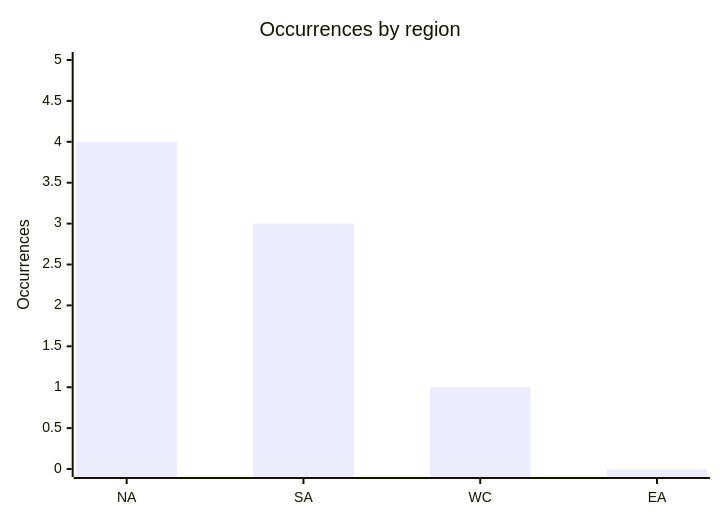
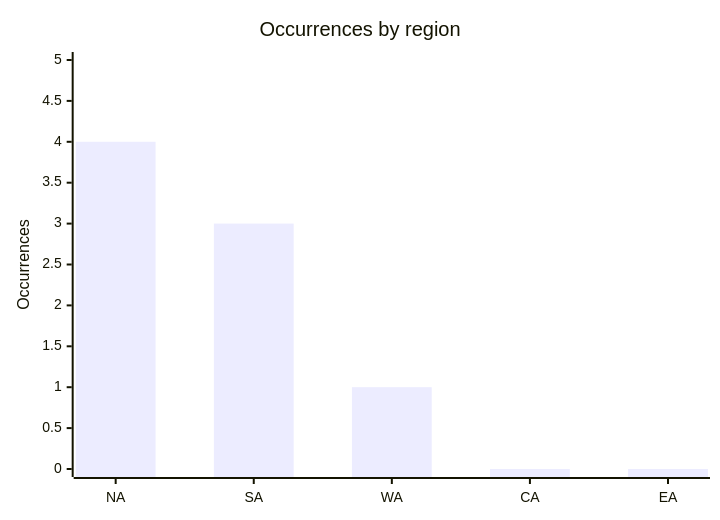
Before and after one commit to Hatchepsoute/AFRINTEL: the third of 5 diagrams in CyberAttackAfrica/2025/02-february/README.md, drawn with Mermaid. The commit also changed other lines of this file and 109 other files, not shown here.

````diff
--- a/CyberAttackAfrica/2025/02-february/README.md
+++ b/CyberAttackAfrica/2025/02-february/README.md
@@ -109,7 +110,7 @@
 ```mermaid
 xychart
     title "Occurrences by region"
-    x-axis ["NA","SA","WC","EA"]
+    x-axis ["NA","SA","WA","CA","EA"]
     y-axis "Occurrences" 0 --> 5
-    bar [4,3,1,0]
+    bar [4,3,1,0,0]
 ```
````
